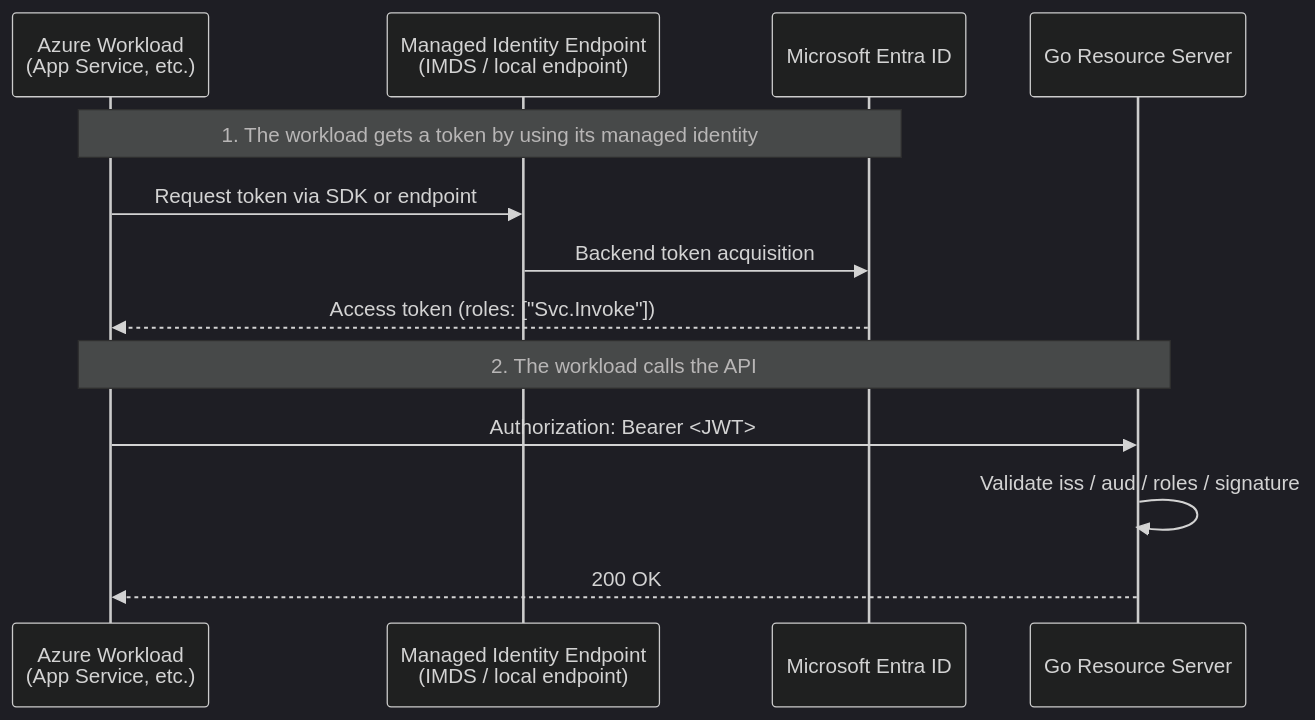
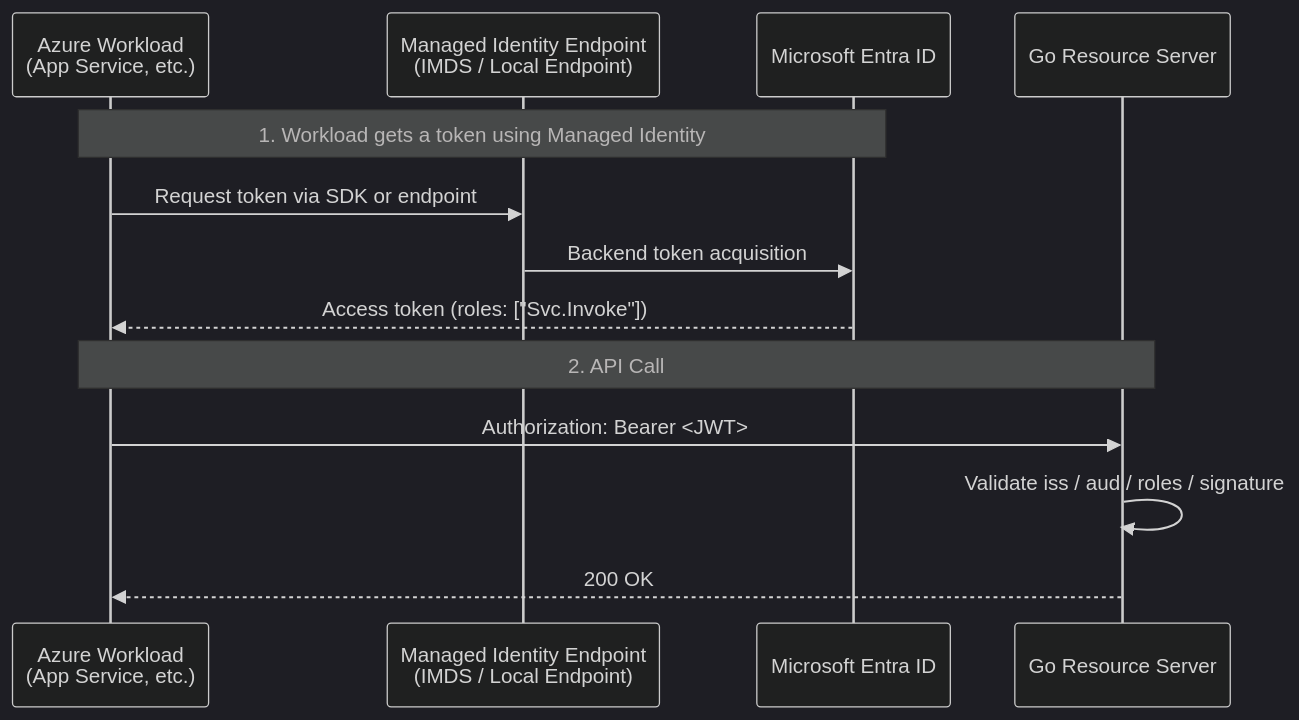
One commit to sokoide/workshop changed the first of 2 diagrams in infra/oauth2_entra_en.md. Above: the diagram before and after it, drawn with Mermaid (dark theme). The commit also changed other lines of this file and 8 other files, not shown here.

````diff
--- a/infra/oauth2_entra_en.md
+++ b/infra/oauth2_entra_en.md
@@ -123,17 +131,17 @@
 ```mermaid
 sequenceDiagram
     participant Workload as Azure Workload<br/>(App Service, etc.)
-    participant MI as Managed Identity Endpoint<br/>(IMDS / local endpoint)
+    participant MI as Managed Identity Endpoint<br/>(IMDS / Local Endpoint)
     participant Entra as Microsoft Entra ID
     participant API as Go Resource Server
 
-    Note over Workload, Entra: 1. The workload gets a token by using its managed identity
+    Note over Workload, Entra: 1. Workload gets a token using Managed Identity
     Workload->>MI: Request token via SDK or endpoint
     MI->>Entra: Backend token acquisition
     Entra-->>Workload: Access token (roles: ["Svc.Invoke"])
 
-    Note over Workload, API: 2. The workload calls the API
+    Note over Workload, API: 2. API Call
     Workload->>API: Authorization: Bearer <JWT>
     API->>API: Validate iss / aud / roles / signature
     API-->>Workload: 200 OK
 ```
````
